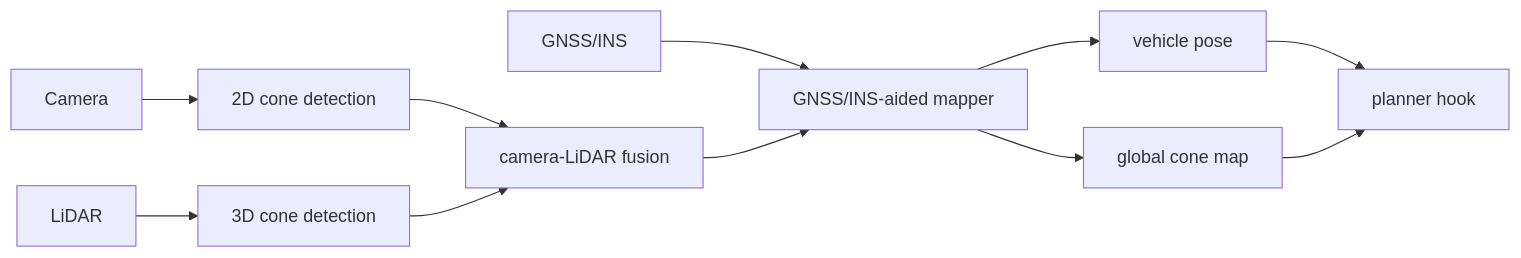
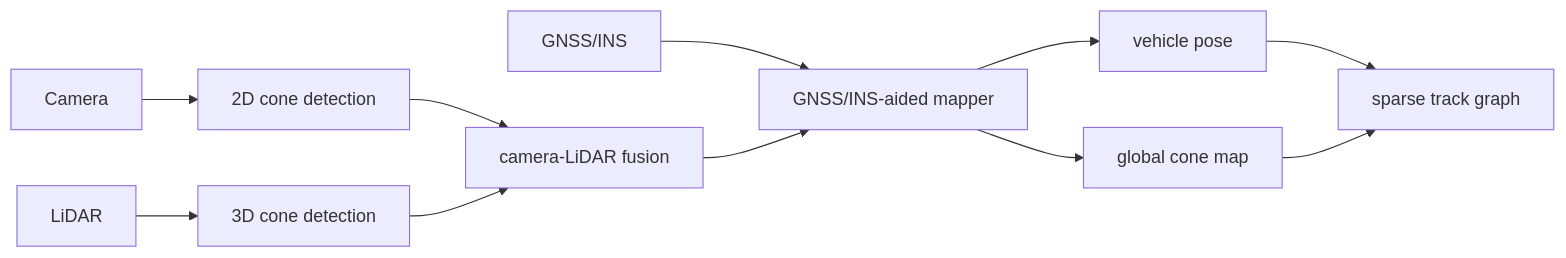
One commit to yupengsky/RacingBrain changed the first of 2 diagrams in README.md. Above: the diagram before and after it, drawn with Mermaid. The commit also changed other lines of this file and 3 other files, not shown here.

````diff
--- a/README.md
+++ b/README.md
@@ -37,13 +60,13 @@
 ```mermaid
 flowchart LR
     Camera["Camera"] --> YOLO["2D cone detection"]
     LiDAR["LiDAR"] --> LidarDet["3D cone detection"]
     YOLO --> Fusion["camera-LiDAR fusion"]
     LidarDet --> Fusion
     GNSS["GNSS/INS"] --> Mapper["GNSS/INS-aided mapper"]
     Fusion --> Mapper
     Mapper --> Pose["vehicle pose"]
     Mapper --> Map["global cone map"]
-    Pose --> Planner["planner hook"]
+    Pose --> Planner["sparse track graph"]
     Map --> Planner
 ```
````
